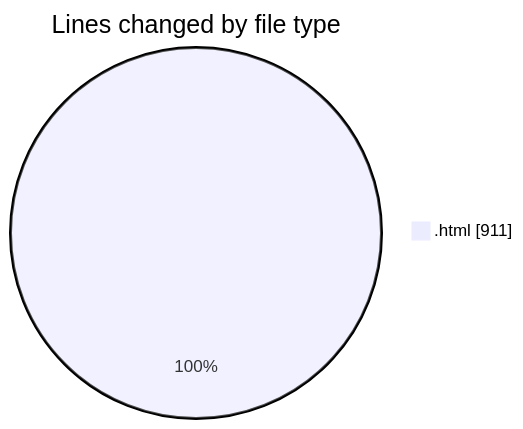
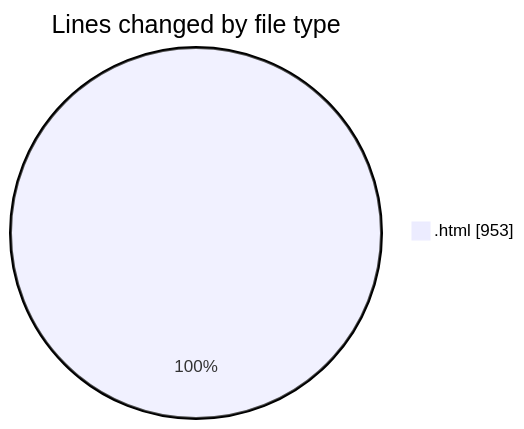
One commit to vahidmafi/code-tracking changed the first of 2 diagrams in 2025-12-10/www/README.md. Above: the diagram before and after it, drawn with Mermaid. The commit also changed other lines of this file and 1 other file, not shown here.

````diff
--- a/2025-12-10/www/README.md
+++ b/2025-12-10/www/README.md
@@ -20,5 +20,5 @@
 ```mermaid
 pie showData
 title Lines changed by file type
-".html" : 911
+".html" : 953
 ```
````
